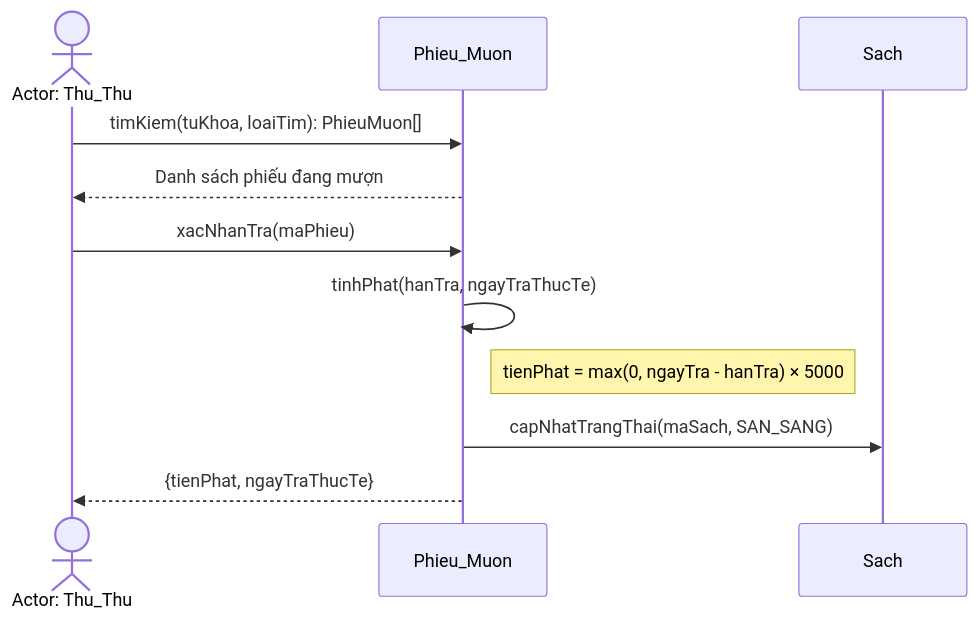
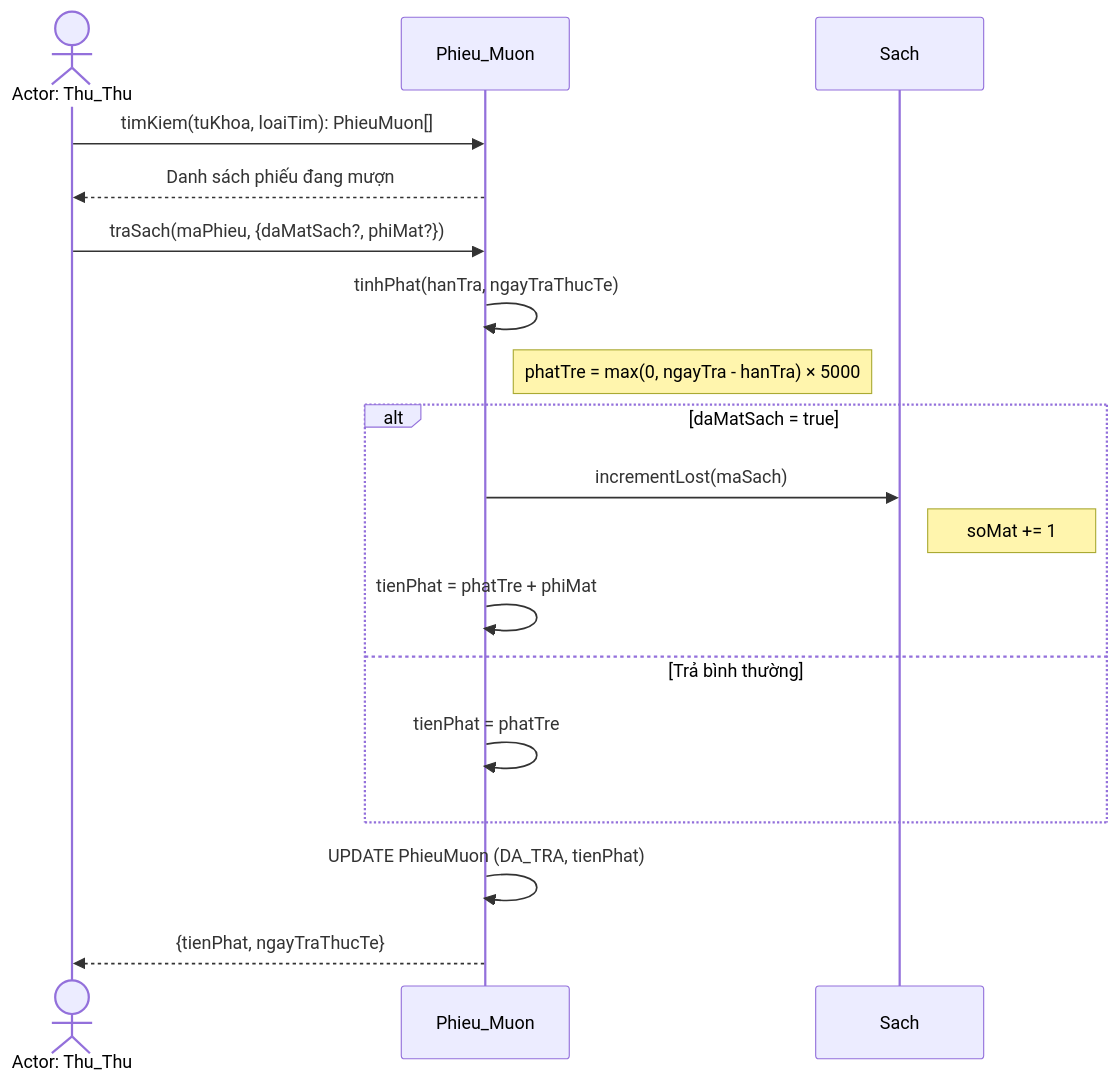
One commit to NPhamDoan/FULL_QLThuVien changed the eighth of 15 diagrams in .kiro/document/BaoCao_3UC_Mermaid.md. Above: the diagram before and after it, drawn with Mermaid. The commit also changed other lines of this file and 37 other files, not shown here.

````diff
--- a/.kiro/document/BaoCao_3UC_Mermaid.md
+++ b/.kiro/document/BaoCao_3UC_Mermaid.md
@@ -232,14 +234,21 @@
 ```mermaid
 sequenceDiagram
     actor TT as Actor: Thu_Thu
     participant PM as Phieu_Muon
     participant S as Sach
 
     TT->>PM: timKiem(tuKhoa, loaiTim): PhieuMuon[]
     PM-->>TT: Danh sách phiếu đang mượn
-    TT->>PM: xacNhanTra(maPhieu)
+    TT->>PM: traSach(maPhieu, {daMatSach?, phiMat?})
     PM->>PM: tinhPhat(hanTra, ngayTraThucTe)
-    Note right of PM: tienPhat = max(0, ngayTra - hanTra) × 5000
-    PM->>S: capNhatTrangThai(maSach, SAN_SANG)
+    Note right of PM: phatTre = max(0, ngayTra - hanTra) × 5000
+    alt daMatSach = true
+        PM->>S: incrementLost(maSach)
+        Note right of S: soMat += 1
+        PM->>PM: tienPhat = phatTre + phiMat
+    else Trả bình thường
+        PM->>PM: tienPhat = phatTre
+    end
+    PM->>PM: UPDATE PhieuMuon (DA_TRA, tienPhat)
     PM-->>TT: {tienPhat, ngayTraThucTe}
 ```
````
